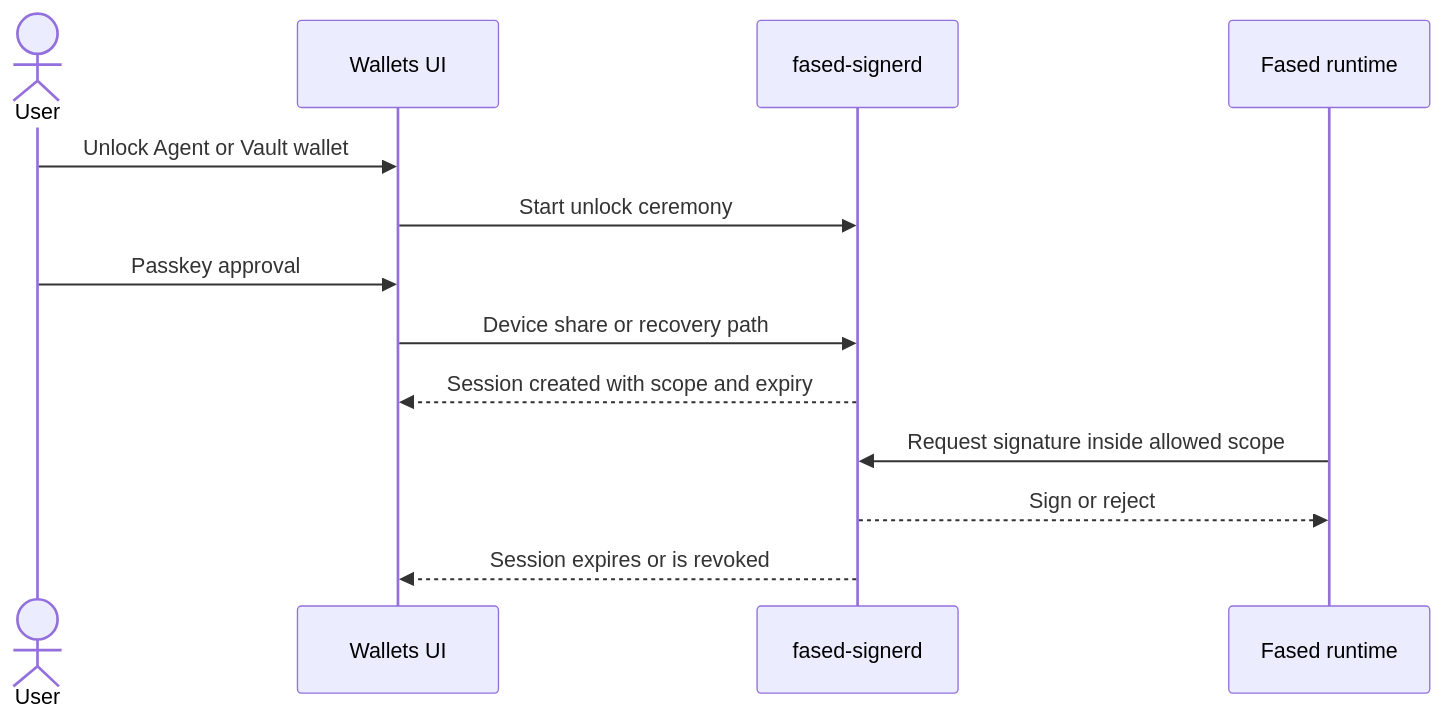
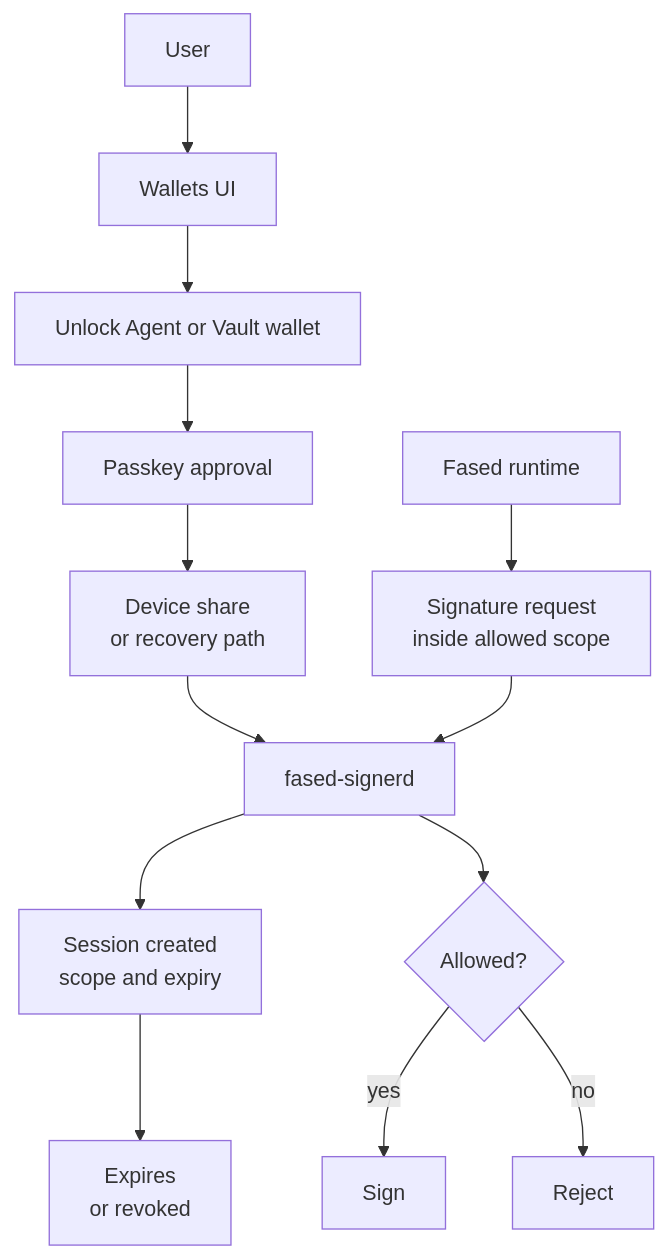
The diagram in docs/plugins/crypto/wallet-autonomous-sessions.md (fased-ai/fased), drawn with Mermaid before and after one commit. The commit also changed other lines of this file and 264 other files, not shown here.

````diff
--- a/docs/plugins/crypto/wallet-autonomous-sessions.md
+++ b/docs/plugins/crypto/wallet-autonomous-sessions.md
@@ -39,16 +40,15 @@
 ```mermaid
-sequenceDiagram
-    actor User
-    participant UI as Wallets UI
-    participant Signer as fased-signerd
-    participant Runtime as Fased runtime
-
-    User->>UI: Unlock Agent or Vault wallet
-    UI->>Signer: Start unlock ceremony
-    User->>UI: Passkey approval
-    UI->>Signer: Device share or recovery path
-    Signer-->>UI: Session created with scope and expiry
-    Runtime->>Signer: Request signature inside allowed scope
-    Signer-->>Runtime: Sign or reject
-    Signer-->>UI: Session expires or is revoked
+flowchart TD
+    User["User"] --> UI["Wallets UI"]
+    UI --> Ceremony["Unlock Agent or Vault wallet"]
+    Ceremony --> Passkey["Passkey approval"]
+    Passkey --> Share["Device share<br/>or recovery path"]
+    Share --> Signer["fased-signerd"]
+    Signer --> Session["Session created<br/>scope and expiry"]
+    Runtime["Fased runtime"] --> Request["Signature request<br/>inside allowed scope"]
+    Request --> Signer
+    Signer --> Decision{"Allowed?"}
+    Decision -->|yes| Signed["Sign"]
+    Decision -->|no| Rejected["Reject"]
+    Session --> Expiry["Expires<br/>or revoked"]
 ```
````
